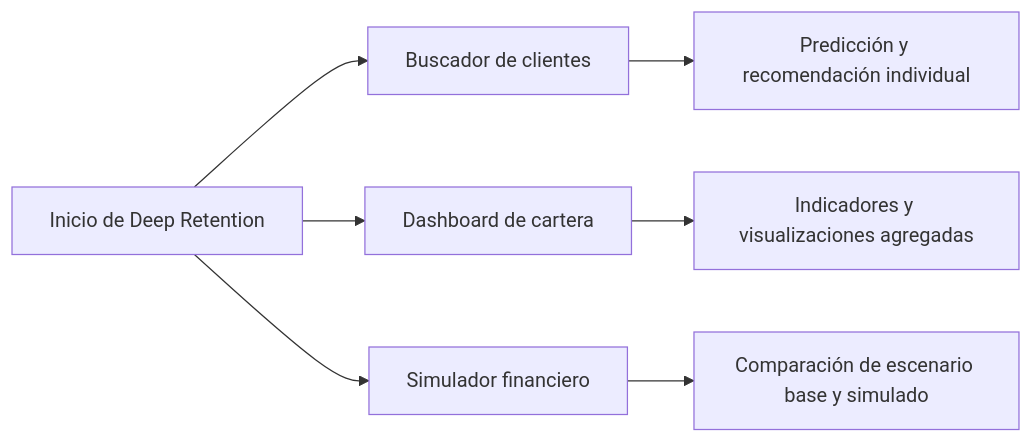
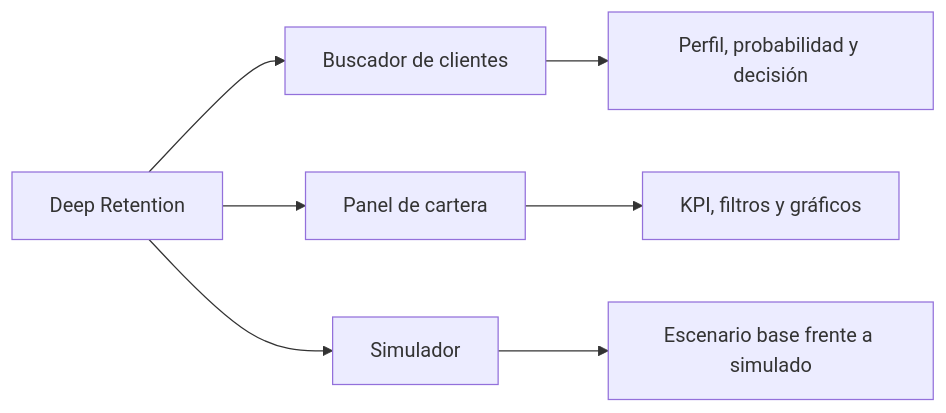
One commit to An2k24Dm/project-AI changed the diagram in docs/application.md. Above: the diagram before and after it, drawn with Mermaid. The commit also changed other lines of this file and 12 other files, not shown here.

````diff
--- a/docs/application.md
+++ b/docs/application.md
@@ -15,9 +15,9 @@
 ```mermaid
 flowchart LR
-    I[Inicio de Deep Retention] --> B[Buscador de clientes]
-    I --> D[Dashboard de cartera]
-    I --> S[Simulador financiero]
-    B --> R[Predicción y recomendación individual]
-    D --> A[Indicadores y visualizaciones agregadas]
-    S --> C[Comparación de escenario base y simulado]
+    I[Deep Retention] --> B[Buscador de clientes]
+    I --> D[Panel de cartera]
+    I --> S[Simulador]
+    B --> R[Perfil, probabilidad y decisión]
+    D --> A[KPI, filtros y gráficos]
+    S --> C[Escenario base frente a simulado]
 ```
````
